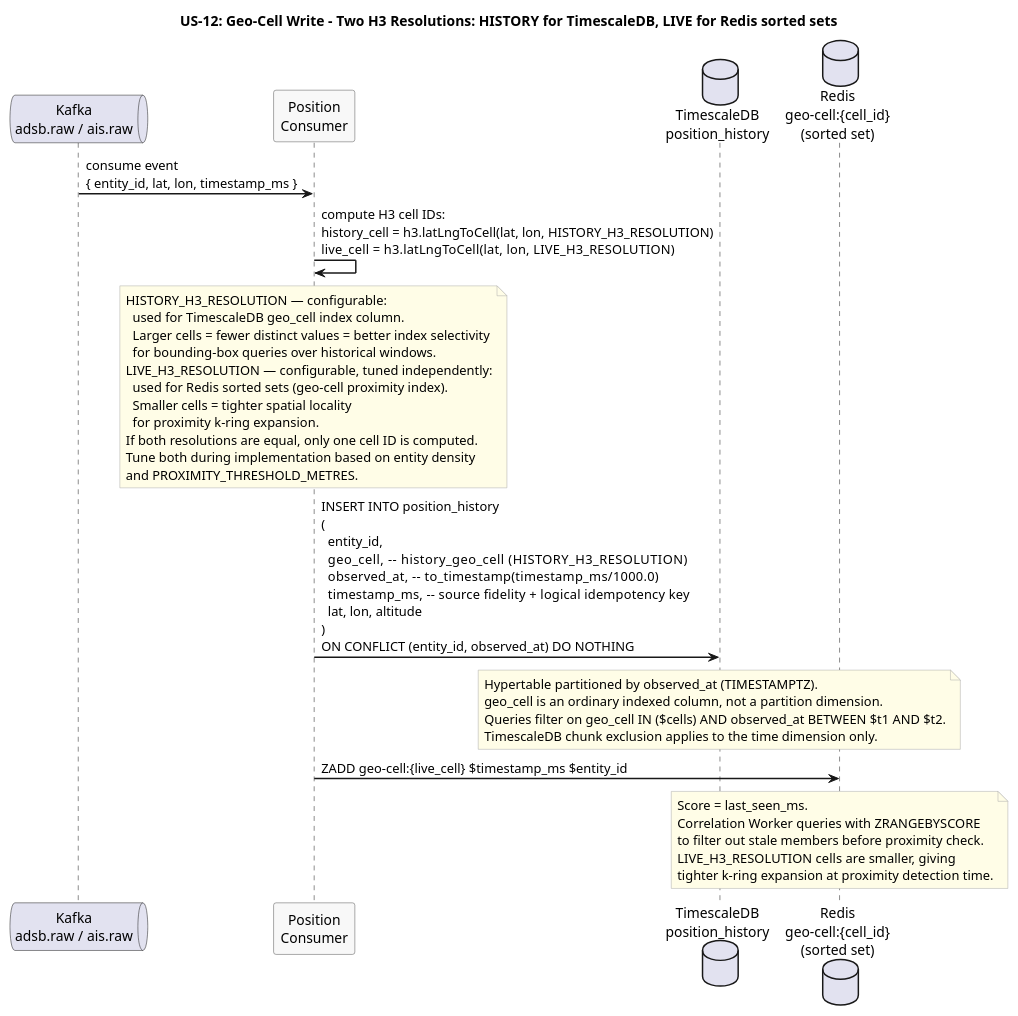
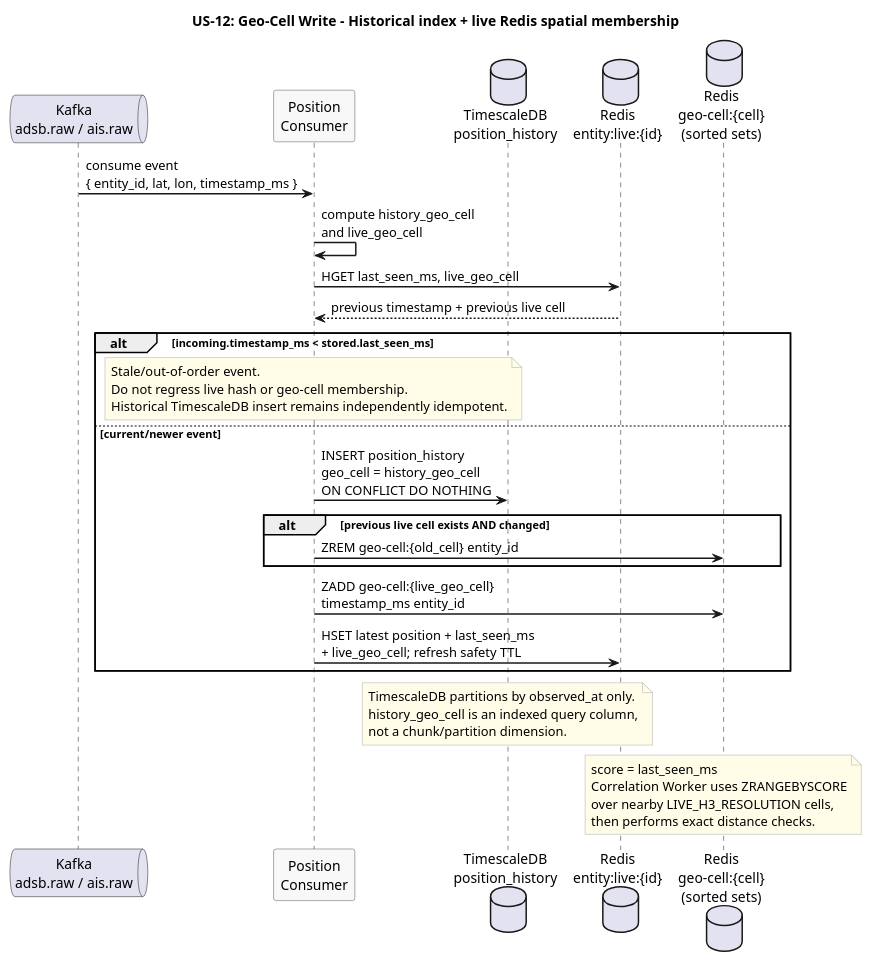
One commit to Buffden/sentinel changed the diagram in docs/use-cases/US-12-geo-spatial-efficiency/geo-cell-write.puml. Above: the diagram before and after it, drawn with PlantUML.

Commit message:
docs: show safe Redis H3 membership movement

```diff
--- a/docs/use-cases/US-12-geo-spatial-efficiency/geo-cell-write.puml
+++ b/docs/use-cases/US-12-geo-spatial-efficiency/geo-cell-write.puml
@@ -1,51 +1,52 @@
 @startuml geo-cell-write
-title US-12: Geo-Cell Write - Two H3 Resolutions: HISTORY for TimescaleDB, LIVE for Redis sorted sets
+title US-12: Geo-Cell Write - Historical index + live Redis spatial membership
 
 skinparam sequenceArrowThickness 1.5
 skinparam participantBorderColor #555555
 skinparam participantBackgroundColor #F8F8F8
 skinparam noteBorderColor #AAAAAA
 skinparam noteBackgroundColor #FFFDE7
 
 queue "Kafka\nadsb.raw / ais.raw" as Kafka
 participant "Position\nConsumer" as Consumer
 database "TimescaleDB\nposition_history" as TSDB
-database "Redis\ngeo-cell:{cell_id}\n(sorted set)" as GeoCell
+database "Redis\nentity:live:{id}" as Live
+database "Redis\ngeo-cell:{cell}\n(sorted sets)" as GeoCell
 
 Kafka -> Consumer : consume event\n{ entity_id, lat, lon, timestamp_ms }
+Consumer -> Consumer : compute history_geo_cell\nand live_geo_cell
 
-Consumer -> Consumer : compute H3 cell IDs:\nhistory_cell = h3.latLngToCell(lat, lon, HISTORY_H3_RESOLUTION)\nlive_cell    = h3.latLngToCell(lat, lon, LIVE_H3_RESOLUTION)
+Consumer -> Live : HGET last_seen_ms, live_geo_cell
+Live --> Consumer : previous timestamp + previous live cell
 
-note over Consumer
-  HISTORY_H3_RESOLUTION — configurable:
-    used for TimescaleDB geo_cell index column.
-    Larger cells = fewer distinct values = better index selectivity
-    for bounding-box queries over historical windows.
-  LIVE_H3_RESOLUTION — configurable, tuned independently:
-    used for Redis sorted sets (geo-cell proximity index).
-    Smaller cells = tighter spatial locality
-    for proximity k-ring expansion.
-  If both resolutions are equal, only one cell ID is computed.
-  Tune both during implementation based on entity density
-  and PROXIMITY_THRESHOLD_METRES.
+alt incoming.timestamp_ms < stored.last_seen_ms
+  note over Consumer
+    Stale/out-of-order event.
+    Do not regress live hash or geo-cell membership.
+    Historical TimescaleDB insert remains independently idempotent.
+  end note
+else current/newer event
+  Consumer -> TSDB : INSERT position_history\ngeo_cell = history_geo_cell\nON CONFLICT DO NOTHING
+
+  alt previous live cell exists AND changed
+    Consumer -> GeoCell : ZREM geo-cell:{old_cell} entity_id
+  end
+
+  Consumer -> GeoCell : ZADD geo-cell:{live_geo_cell}\ntimestamp_ms entity_id
+  Consumer -> Live : HSET latest position + last_seen_ms\n+ live_geo_cell; refresh safety TTL
+end
+
+note over TSDB
+  TimescaleDB partitions by observed_at only.
+  history_geo_cell is an indexed query column,
+  not a chunk/partition dimension.
 end note
 
-Consumer -> TSDB : INSERT INTO position_history\n(\n  entity_id,\n  geo_cell,        -- history_geo_cell (HISTORY_H3_RESOLUTION)\n  observed_at,     -- to_timestamp(timestamp_ms/1000.0)\n  timestamp_ms,    -- source fidelity + logical idempotency key\n  lat, lon, altitude\n)\nON CONFLICT (entity_id, observed_at) DO NOTHING
-
-note over TSDB
-  Hypertable partitioned by observed_at (TIMESTAMPTZ).
-  geo_cell is an ordinary indexed column, not a partition dimension.
-  Queries filter on geo_cell IN ($cells) AND observed_at BETWEEN $t1 AND $t2.
-  TimescaleDB chunk exclusion applies to the time dimension only.
-end note
-
-Consumer -> GeoCell : ZADD geo-cell:{live_cell} $timestamp_ms $entity_id
 note over GeoCell
-  Score = last_seen_ms.
-  Correlation Worker queries with ZRANGEBYSCORE
-  to filter out stale members before proximity check.
-  LIVE_H3_RESOLUTION cells are smaller, giving
-  tighter k-ring expansion at proximity detection time.
+  score = last_seen_ms
+  Correlation Worker uses ZRANGEBYSCORE
+  over nearby LIVE_H3_RESOLUTION cells,
+  then performs exact distance checks.
 end note
 
 @enduml
```
